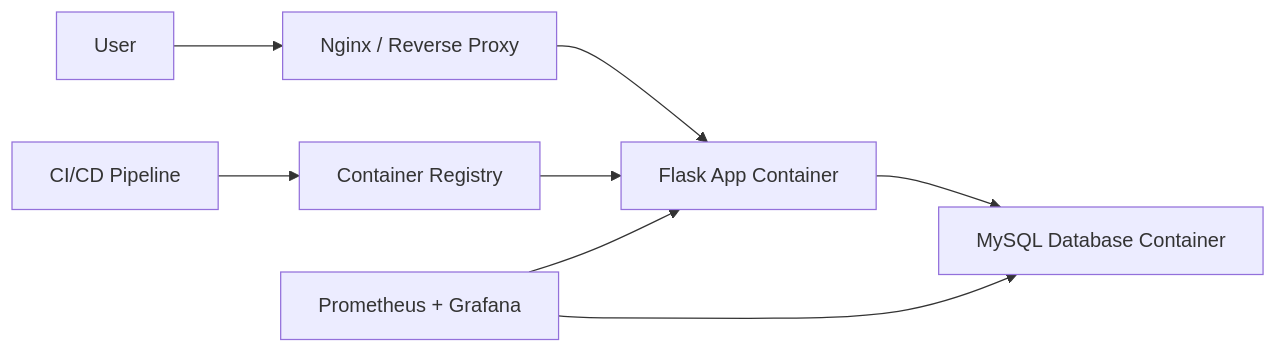
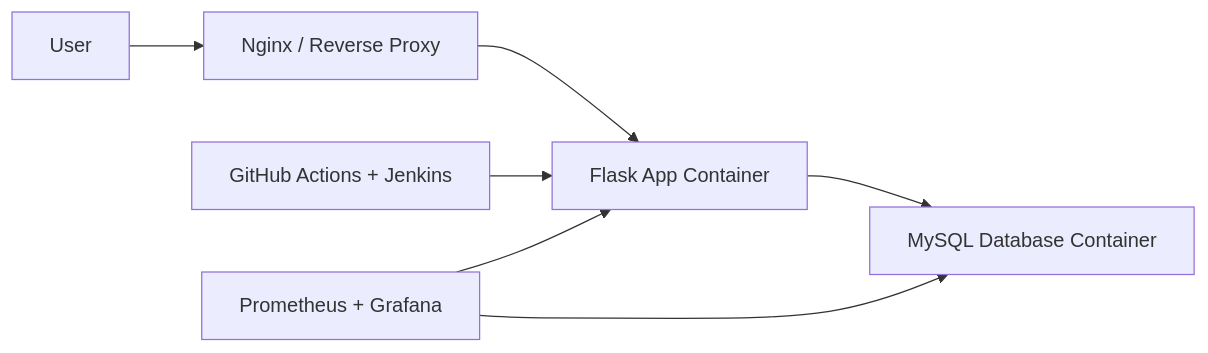
Before and after one commit to Harshads-git/production-ready-two-tier-devsecops-platform: the diagram in README.md, drawn with Mermaid. The commit also changed other lines of this file and 2 other files, not shown here.

````diff
--- a/README.md
+++ b/README.md
@@ -153,10 +161,9 @@
 ```mermaid
 flowchart LR
     User["User"] --> Nginx["Nginx / Reverse Proxy"]
     Nginx --> Flask["Flask App Container"]
     Flask --> MySQL["MySQL Database Container"]
-    CI["CI/CD Pipeline"] --> Registry["Container Registry"]
-    Registry --> Flask
+    CI["GitHub Actions + Jenkins"] --> Flask
     Monitor["Prometheus + Grafana"] --> Flask
     Monitor --> MySQL
 ```
````
